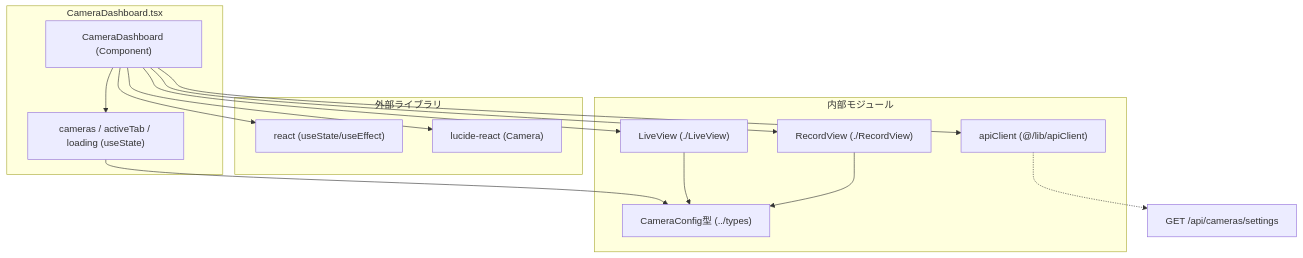
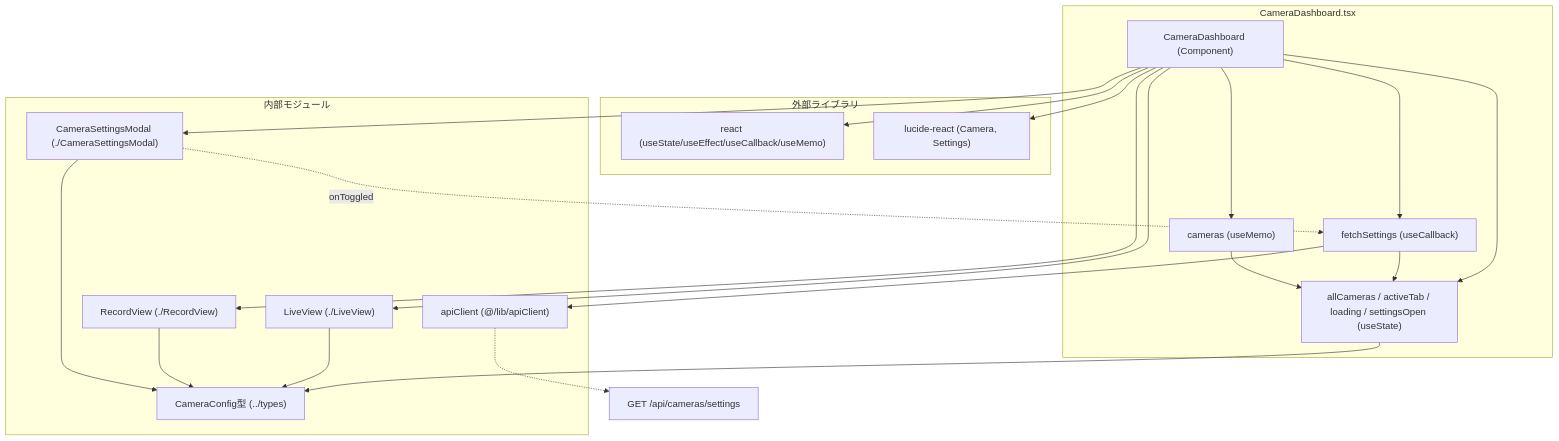
Before and after one commit to mmtigers/my_python_project: the second of 2 diagrams in docs/specifications/family-quest/src/features/camera/components/CameraDashboard.md, drawn with Mermaid. The commit also changed other lines of this file and 16 other files, not shown here.

````diff
--- a/docs/specifications/family-quest/src/features/camera/components/CameraDashboard.md
+++ b/docs/specifications/family-quest/src/features/camera/components/CameraDashboard.md
@@ -108,32 +151,42 @@
 ```mermaid
 graph TD
     subgraph "CameraDashboard.tsx"
         Component_CameraDashboard["CameraDashboard (Component)"]
-        States["cameras / activeTab / loading (useState)"]
+        States["allCameras / activeTab / loading / settingsOpen (useState)"]
+        FetchSettingsFn["fetchSettings (useCallback)"]
+        CamerasMemo["cameras (useMemo)"]
     end
 
     subgraph "外部ライブラリ"
-        React["react (useState/useEffect)"]
-        LucideReact["lucide-react (Camera)"]
+        React["react (useState/useEffect/useCallback/useMemo)"]
+        LucideReact["lucide-react (Camera, Settings)"]
     end
 
     subgraph "内部モジュール"
         LiveView["LiveView (./LiveView)"]
         RecordView["RecordView (./RecordView)"]
+        CameraSettingsModal["CameraSettingsModal (./CameraSettingsModal)"]
         CameraConfig["CameraConfig型 (../types)"]
         ApiClient["apiClient (@/lib/apiClient)"]
     end
 
     Component_CameraDashboard --> React
     Component_CameraDashboard --> LucideReact
     Component_CameraDashboard --> States
+    Component_CameraDashboard --> FetchSettingsFn
+    Component_CameraDashboard --> CamerasMemo
     Component_CameraDashboard --> LiveView
     Component_CameraDashboard --> RecordView
-    Component_CameraDashboard --> ApiClient
+    Component_CameraDashboard --> CameraSettingsModal
+    FetchSettingsFn --> ApiClient
+    FetchSettingsFn --> States
+    CamerasMemo --> States
     States --> CameraConfig
     LiveView --> CameraConfig
     RecordView --> CameraConfig
+    CameraSettingsModal --> CameraConfig
+    CameraSettingsModal -. "onToggled" .-> FetchSettingsFn
 
     ApiClient -.-> Endpoint_Settings["GET /api/cameras/settings"]
 
 ```
````
